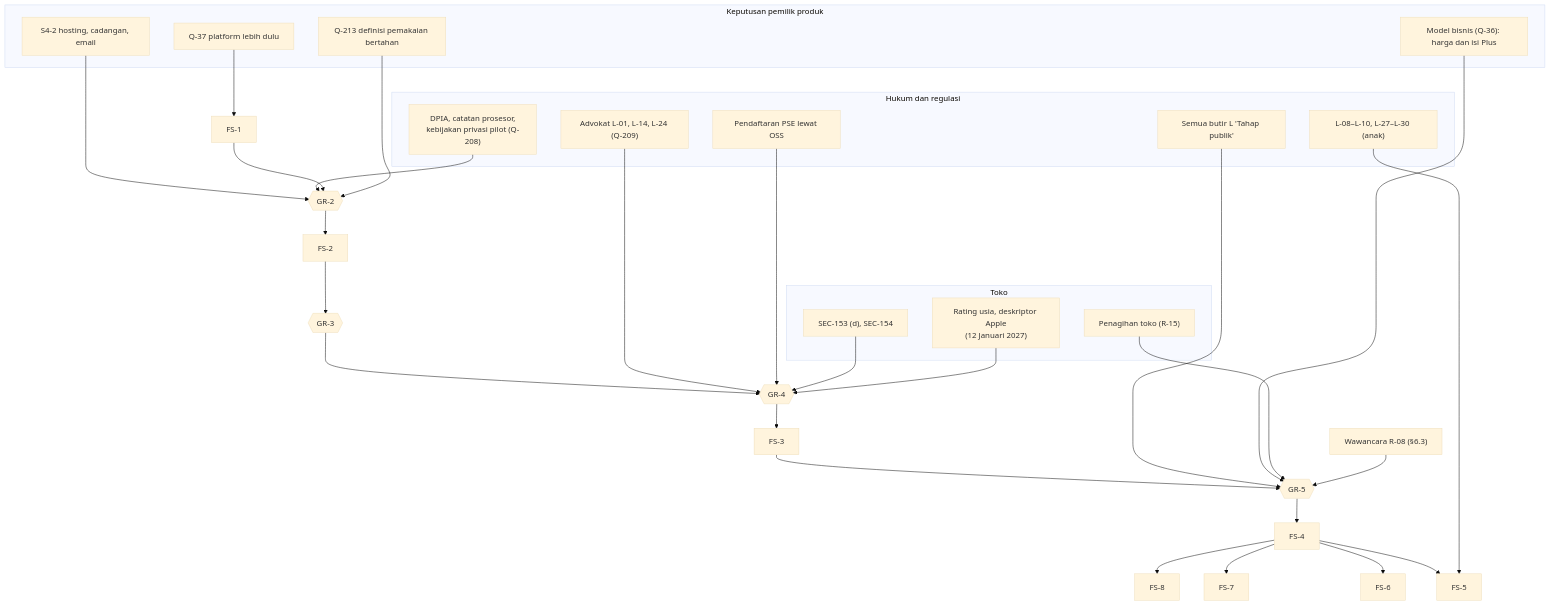
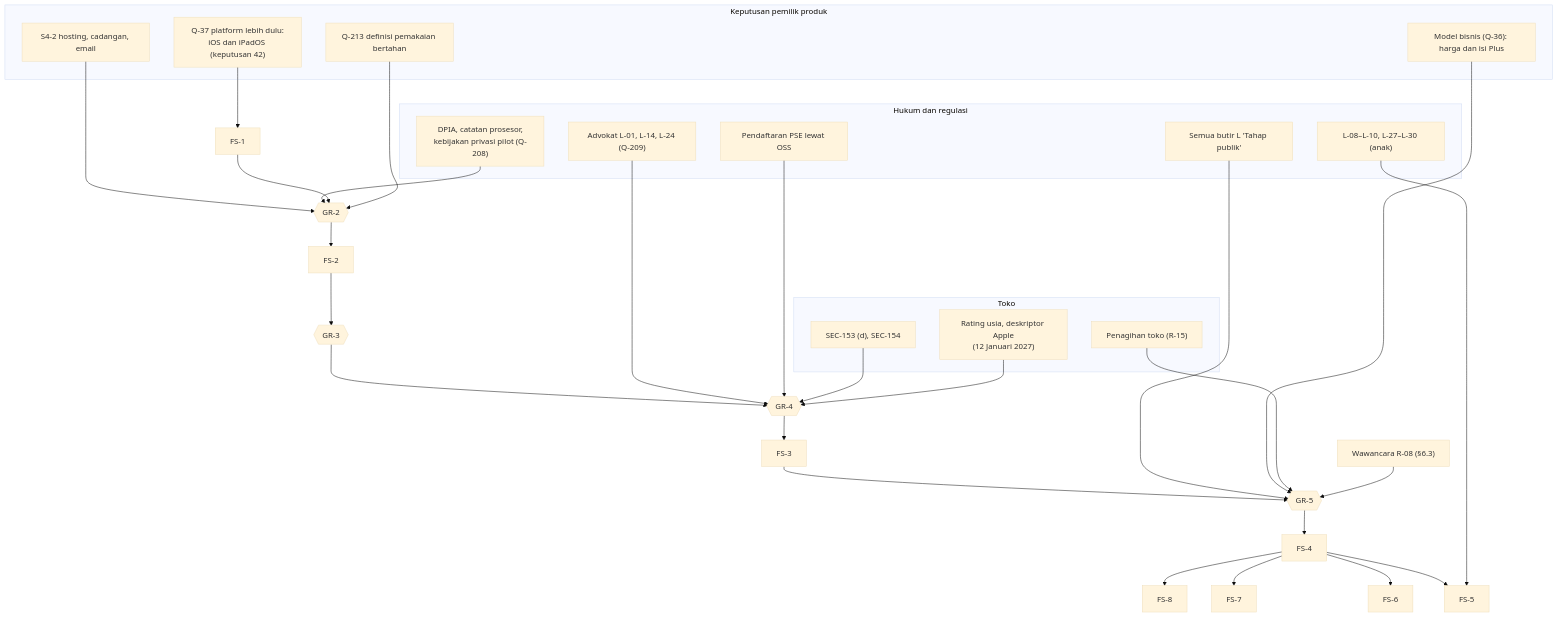
Before and after one commit to abiyanzimran/casa: the second of 2 diagrams in docs/13-product-roadmap.md, drawn with Mermaid (base theme). The commit also changed other lines of this file and 22 other files, not shown here.

````diff
--- a/docs/13-product-roadmap.md
+++ b/docs/13-product-roadmap.md
@@ -292,42 +296,42 @@
 ```mermaid
 flowchart TB
     subgraph Keputusan_pemilik["Keputusan pemilik produk"]
-        Q37["Q-37 platform lebih dulu"]
+        Q37["Q-37 platform lebih dulu:<br/>iOS dan iPadOS (keputusan 42)"]
         S42["S4-2 hosting, cadangan, email"]
         Q213["Q-213 definisi pemakaian bertahan"]
         BM["Model bisnis (Q-36): harga dan isi Plus"]
     end
     subgraph Hukum["Hukum dan regulasi"]
         DPIA["DPIA, catatan prosesor,<br/>kebijakan privasi pilot (Q-208)"]
         ADV1["Advokat L-01, L-14, L-24 (Q-209)"]
         PSE["Pendaftaran PSE lewat OSS"]
         ADVALL["Semua butir L 'Tahap publik'"]
         ADVANAK["L-08–L-10, L-27–L-30 (anak)"]
     end
     subgraph Toko["Toko"]
         RATING["Rating usia, deskriptor Apple<br/>(12 Januari 2027)"]
         SEC153["SEC-153 (d), SEC-154"]
         BILL["Penagihan toko (R-15)"]
     end
     Q37 --> FS1["FS-1"]
     S42 --> GR2{{"GR-2"}}
     DPIA --> GR2
     FS1 --> GR2 --> FS2["FS-2"] --> GR3{{"GR-3"}}
     Q213 --> GR2
     GR3 --> GR4{{"GR-4"}}
     ADV1 --> GR4
     PSE --> GR4
     SEC153 --> GR4
     RATING --> GR4
     GR4 --> FS3["FS-3"] --> GR5{{"GR-5"}}
     ADVALL --> GR5
     BM --> GR5
     BILL --> GR5
     R08["Wawancara R-08 (§6.3)"] --> GR5
     GR5 --> FS4["FS-4"]
     FS4 --> FS5["FS-5"]
     ADVANAK --> FS5
     FS4 --> FS6["FS-6"]
     FS4 --> FS7["FS-7"]
     FS4 --> FS8["FS-8"]
 ```
````
